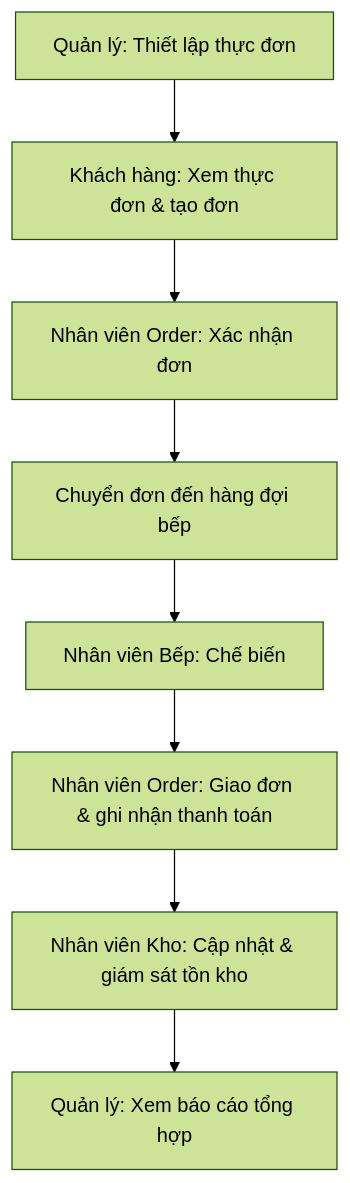
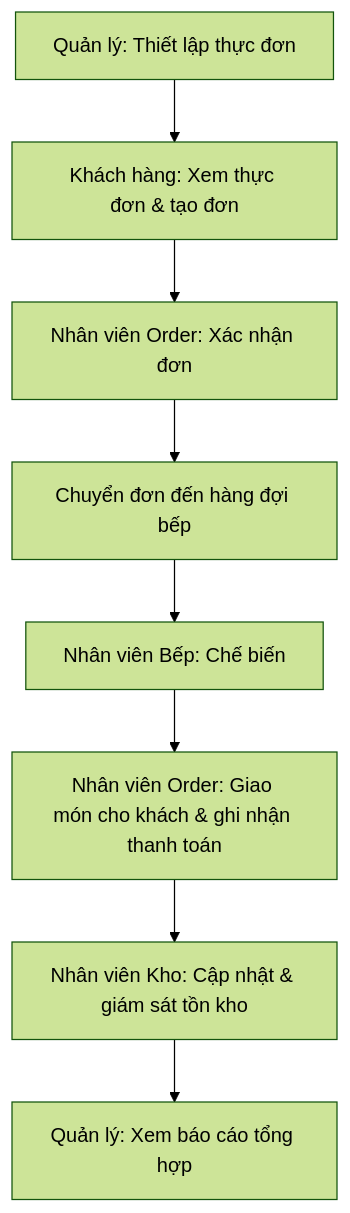
One commit to NTMHuy/ResMan changed the first of 3 diagrams in docs/07-project-plan.md. Above: the diagram before and after it, drawn with Mermaid (forest theme). The commit also changed other lines of this file, not shown here.

Commit message:
docs: align order delivery and payment terminology

````diff
--- a/docs/07-project-plan.md
+++ b/docs/07-project-plan.md
@@ -71,10 +71,10 @@
 ```mermaid
 flowchart TD
     A[Quản lý: Thiết lập thực đơn] --> B[Khách hàng: Xem thực đơn & tạo đơn]
     B --> C[Nhân viên Order: Xác nhận đơn]
     C --> D[Chuyển đơn đến hàng đợi bếp]
     D --> E[Nhân viên Bếp: Chế biến]
-    E --> F[Nhân viên Order: Giao đơn & ghi nhận thanh toán]
+    E --> F[Nhân viên Order: Giao món cho khách & ghi nhận thanh toán]
     F --> G[Nhân viên Kho: Cập nhật & giám sát tồn kho]
     G --> H[Quản lý: Xem báo cáo tổng hợp]
 ```
````
